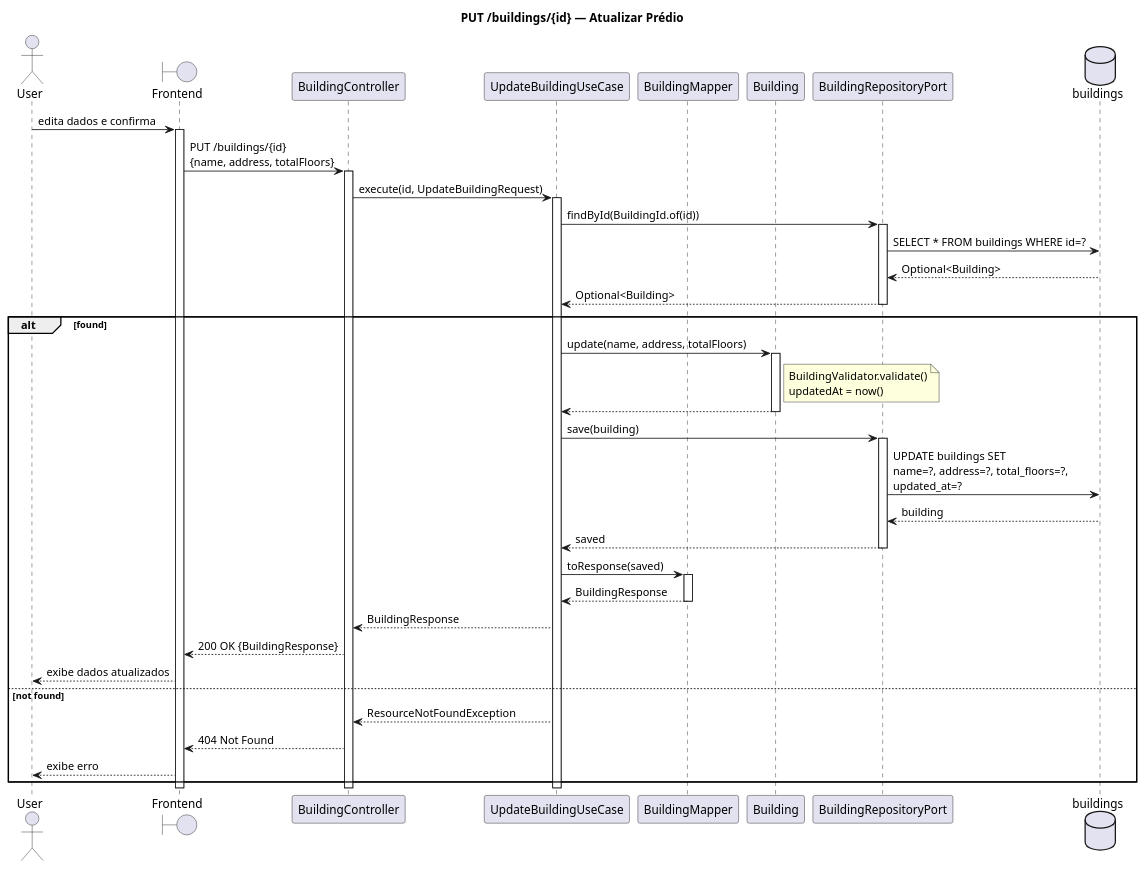
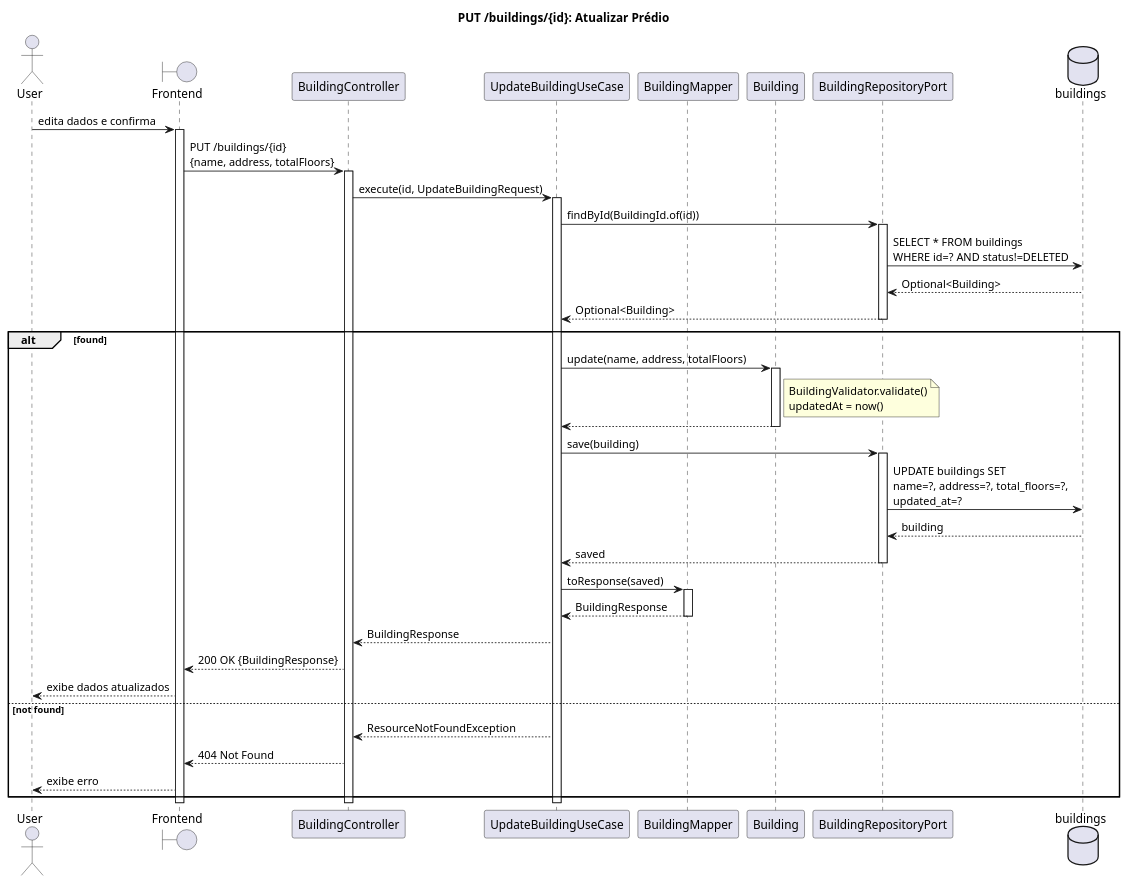
Before and after one commit to Neoguara/rooms-diagrams: the diagram in src/plantuml/sequencia/building/update_building.puml, drawn with PlantUML. The commit also changed 73 other files, not shown here.

```diff
--- a/src/plantuml/sequencia/building/update_building.puml
+++ b/src/plantuml/sequencia/building/update_building.puml
@@ -1,61 +1,61 @@
 @startuml update_building
 
-title PUT /buildings/{id} — Atualizar Prédio
+title PUT /buildings/{id}: Atualizar Prédio
 
 actor User
 boundary "Frontend" as FE
 participant "BuildingController" as Ctrl
 participant "UpdateBuildingUseCase" as UC
 participant "BuildingMapper" as Mapper
 participant "Building" as Entity
 participant "BuildingRepositoryPort" as Repo
 database "buildings" as DB
 
 User -> FE: edita dados e confirma
 activate FE
 FE -> Ctrl: PUT /buildings/{id}\n{name, address, totalFloors}
 activate Ctrl
 
 Ctrl -> UC: execute(id, UpdateBuildingRequest)
 activate UC
 
 UC -> Repo: findById(BuildingId.of(id))
 activate Repo
-Repo -> DB: SELECT * FROM buildings WHERE id=?
+Repo -> DB: SELECT * FROM buildings\nWHERE id=? AND status!=DELETED
 DB --> Repo: Optional<Building>
 Repo --> UC: Optional<Building>
 deactivate Repo
 
 alt found
   UC -> Entity: update(name, address, totalFloors)
   activate Entity
   note right of Entity: BuildingValidator.validate()\nupdatedAt = now()
   Entity --> UC:
   deactivate Entity
 
   UC -> Repo: save(building)
   activate Repo
   Repo -> DB: UPDATE buildings SET\nname=?, address=?, total_floors=?,\nupdated_at=?
   DB --> Repo: building
   Repo --> UC: saved
   deactivate Repo
 
   UC -> Mapper: toResponse(saved)
   activate Mapper
   Mapper --> UC: BuildingResponse
   deactivate Mapper
 
   UC --> Ctrl: BuildingResponse
   Ctrl --> FE: 200 OK {BuildingResponse}
   FE --> User: exibe dados atualizados
 else not found
   UC --> Ctrl: ResourceNotFoundException
   Ctrl --> FE: 404 Not Found
   FE --> User: exibe erro
 end
 
 deactivate UC
 deactivate Ctrl
 deactivate FE
 
 @enduml
```
